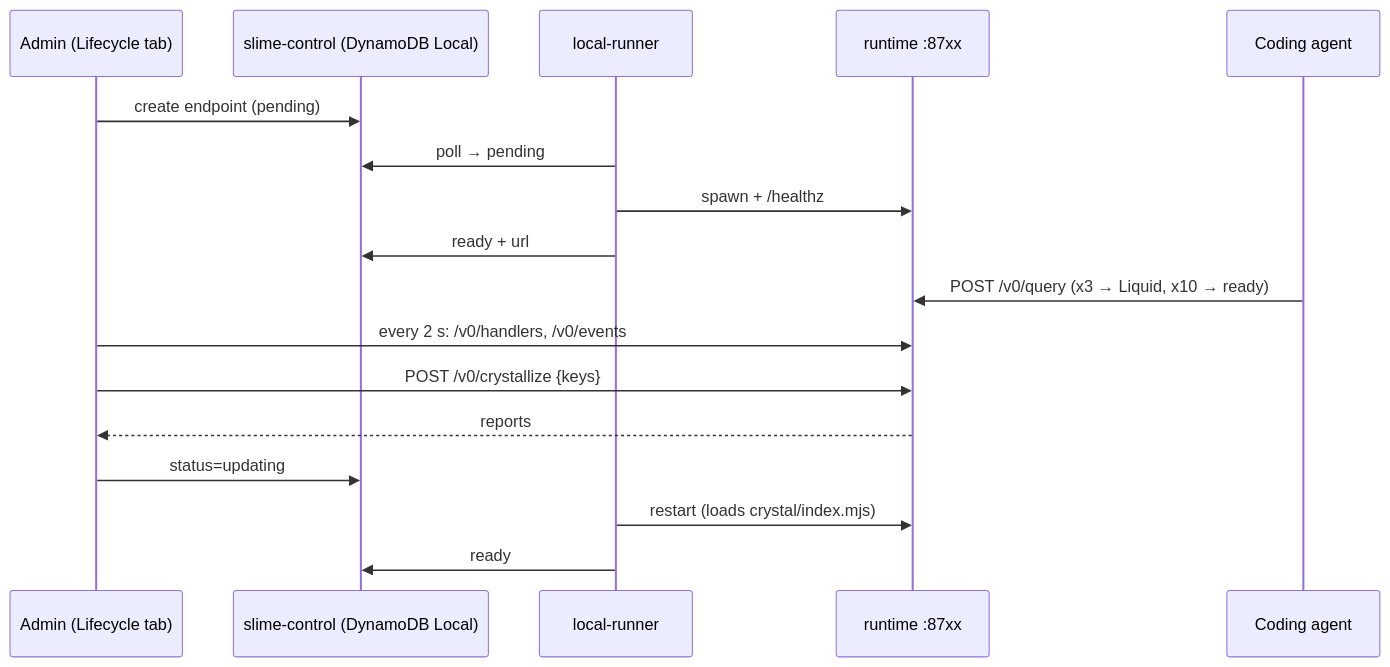
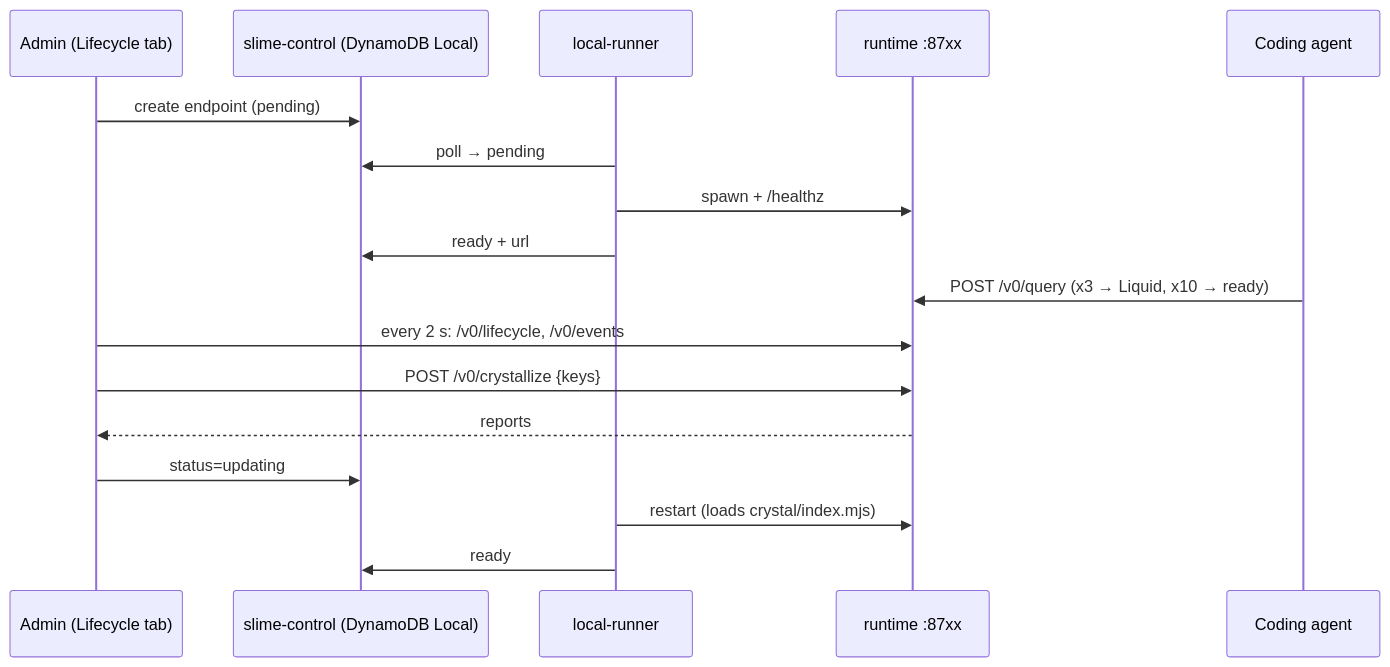
One commit to amaslakovxyz/slime changed the diagram in docs/architecture/2026-11-21-endpoint-lifecycle-tab-design.md. Above: the diagram before and after it, drawn with Mermaid. The commit also changed other lines of this file, not shown here.

Commit message:
docs: the Lifecycle tab reads /v0/lifecycle, not /v0/handlers
§4.1 and the implementation use the merged /v0/lifecycle; §4.3 and the
sequence diagram still named /v0/handlers, which is not the tab's source.

````diff
--- a/docs/architecture/2026-11-21-endpoint-lifecycle-tab-design.md
+++ b/docs/architecture/2026-11-21-endpoint-lifecycle-tab-design.md
@@ -133,19 +133,19 @@
 ```mermaid
 sequenceDiagram
   participant UI as Admin (Lifecycle tab)
   participant C as slime-control (DynamoDB Local)
   participant R as local-runner
   participant E as runtime :87xx
   participant A as Coding agent
   UI->>C: create endpoint (pending)
   R->>C: poll → pending
   R->>E: spawn + /healthz
   R->>C: ready + url
   A->>E: POST /v0/query (x3 → Liquid, x10 → ready)
-  UI->>E: every 2 s: /v0/handlers, /v0/events
+  UI->>E: every 2 s: /v0/lifecycle, /v0/events
   UI->>E: POST /v0/crystallize {keys}
   E-->>UI: reports
   UI->>C: status=updating
   R->>E: restart (loads crystal/index.mjs)
   R->>C: ready
 ```
````
